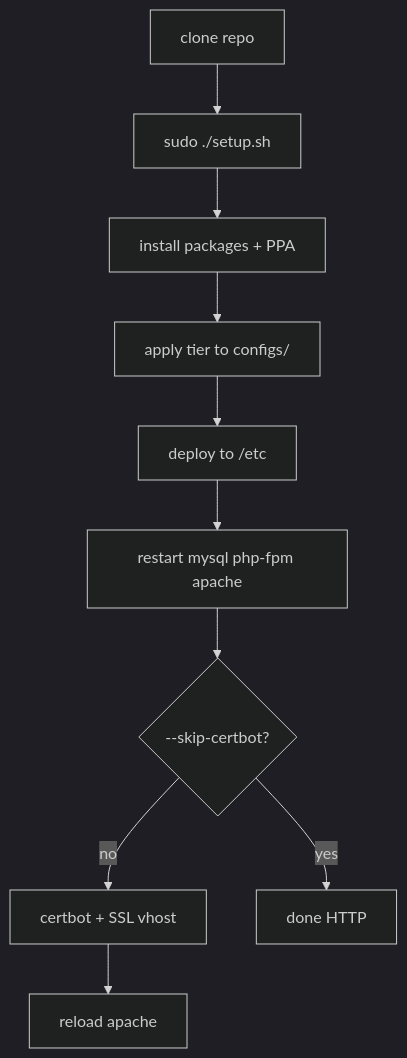
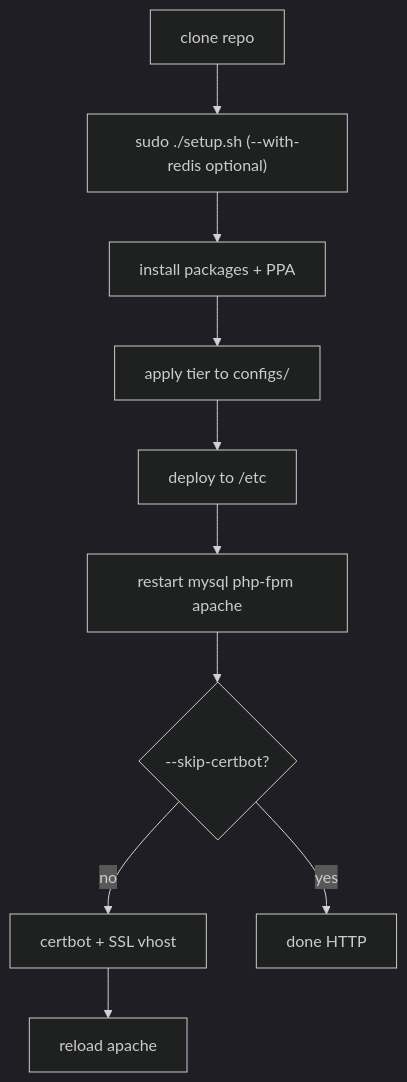
The first of 2 diagrams in docs/DOCUMENT-FLOW.md (agabaandre/PHP_laravel_Codeigniter_wordpress_server_optimisation_enterprise), drawn with Mermaid (dark theme) before and after one commit. The commit also changed other lines of this file and 2 other files, not shown here.

Commit message:
fixed wrong routing to operations

````diff
--- a/docs/DOCUMENT-FLOW.md
+++ b/docs/DOCUMENT-FLOW.md
@@ -14,12 +14,12 @@
 ```mermaid
 flowchart TD
-  A[clone repo] --> B[sudo ./setup.sh]
+  A[clone repo] --> B["sudo ./setup.sh (--with-redis optional)"]
   B --> C[install packages + PPA]
   C --> D[apply tier to configs/]
   D --> E[deploy to /etc]
   E --> F[restart mysql php-fpm apache]
   F --> G{--skip-certbot?}
   G -->|no| H[certbot + SSL vhost]
   G -->|yes| I[done HTTP]
   H --> J[reload apache]
 ```
````
